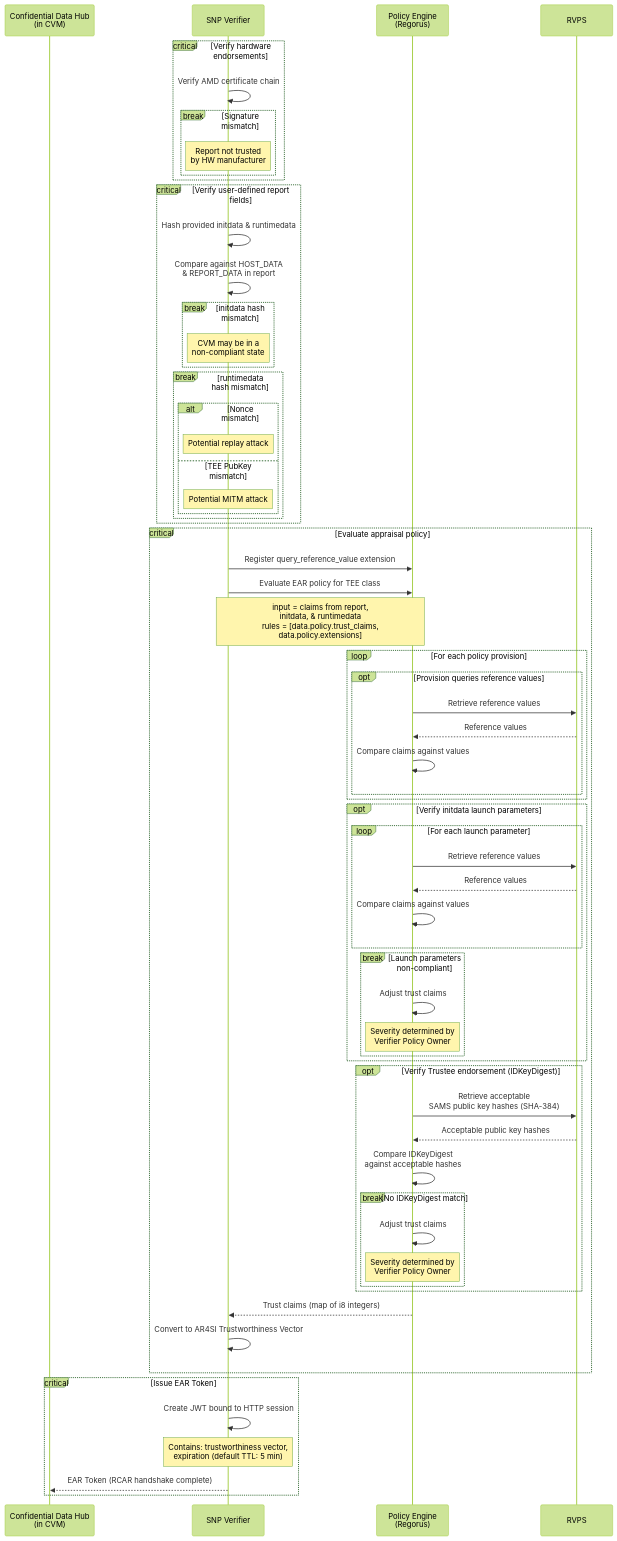
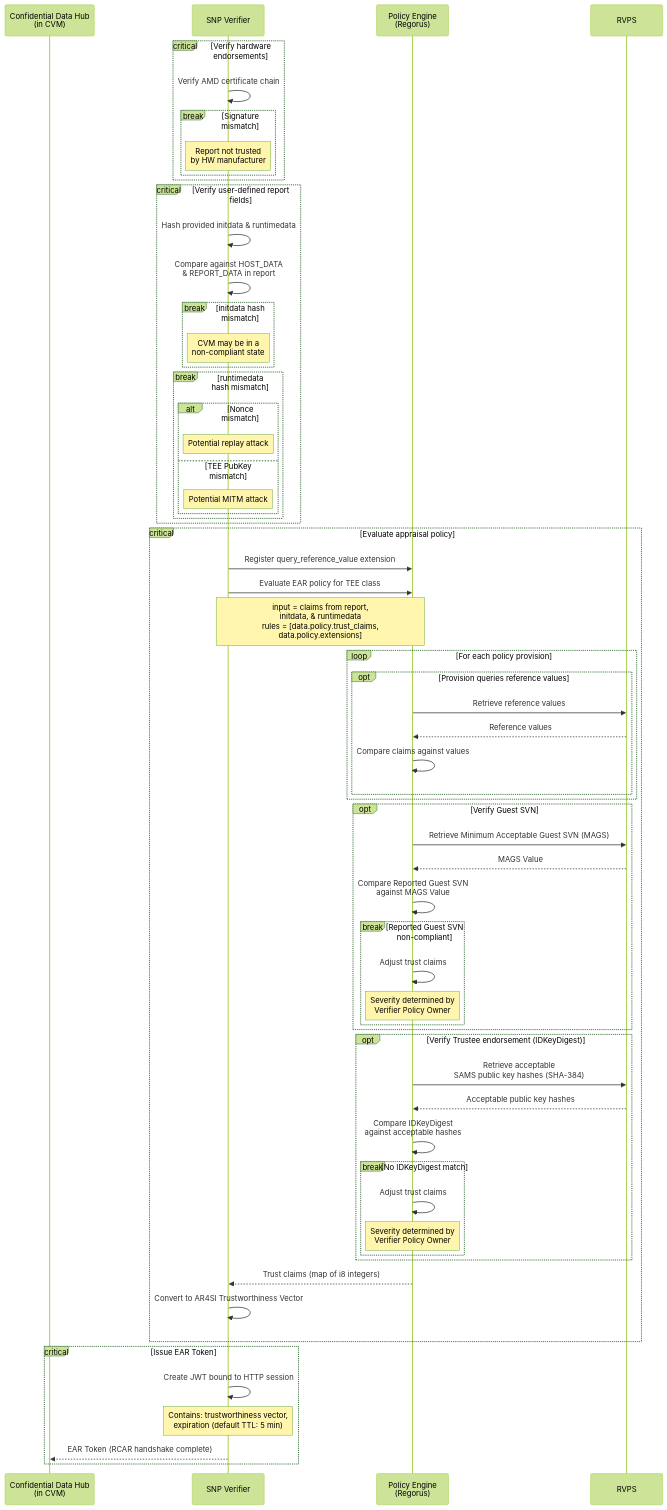
One commit to amd-cmaxwell/trustee changed the fifth of 6 diagrams in kbs/src/plugins/implementations/sams/README.md. Above: the diagram before and after it, drawn with Mermaid (forest theme). The commit also changed other lines of this file, not shown here.

First line of the commit message:
kbs: remove launch-param-in-initdata references from SAMS README

````diff
--- a/kbs/src/plugins/implementations/sams/README.md
+++ b/kbs/src/plugins/implementations/sams/README.md
@@ -262,74 +258,72 @@
 ```mermaid
 sequenceDiagram
     participant cdh as Confidential Data Hub<br>(in CVM)
     participant snp_verifier as SNP Verifier
     participant policy_engine as Policy Engine<br>(Regorus)
     participant rvps as RVPS
 
     critical Verify hardware endorsements
         snp_verifier ->> snp_verifier: Verify AMD certificate chain
         break Signature mismatch
             note over snp_verifier: Report not trusted<br>by HW manufacturer
         end
     end
 
     critical Verify user-defined report fields
         snp_verifier ->> snp_verifier: Hash provided initdata & runtimedata
         snp_verifier ->> snp_verifier: Compare against HOST_DATA<br>& REPORT_DATA in report
         break initdata hash mismatch
             note over snp_verifier: CVM may be in a<br>non-compliant state
         end
         break runtimedata hash mismatch
             alt Nonce mismatch
                 note over snp_verifier: Potential replay attack
             else TEE PubKey mismatch
                 note over snp_verifier: Potential MITM attack
             end
         end
     end
 
     critical Evaluate appraisal policy
         snp_verifier ->> policy_engine: Register query_reference_value extension
         snp_verifier ->> policy_engine: Evaluate EAR policy for TEE class
         note over snp_verifier, policy_engine: input = claims from report,<br>initdata, & runtimedata<br>rules = [data.policy.trust_claims,<br>data.policy.extensions]
 
         loop For each policy provision
             opt Provision queries reference values
                 policy_engine ->> rvps: Retrieve reference values
                 rvps -->> policy_engine: Reference values
                 policy_engine ->> policy_engine: Compare claims against values
             end
         end
 
-        opt Verify initdata launch parameters
-            loop For each launch parameter
-                policy_engine ->> rvps: Retrieve reference values
-                rvps -->> policy_engine: Reference values
-                policy_engine ->> policy_engine: Compare claims against values
-            end
-            break Launch parameters non-compliant
+        opt Verify Guest SVN
+            policy_engine ->> rvps: Retrieve Minimum Acceptable Guest SVN (MAGS)
+            rvps -->> policy_engine: MAGS Value
+            policy_engine ->> policy_engine: Compare Reported Guest SVN<br> against MAGS Value
+            break Reported Guest SVN non-compliant
                 policy_engine ->> policy_engine: Adjust trust claims
                 note over policy_engine: Severity determined by<br>Verifier Policy Owner
             end
         end
 
         opt Verify Trustee endorsement (IDKeyDigest)
             policy_engine ->> rvps: Retrieve acceptable<br>SAMS public key hashes (SHA-384)
             rvps -->> policy_engine: Acceptable public key hashes
             policy_engine ->> policy_engine: Compare IDKeyDigest<br>against acceptable hashes
             break No IDKeyDigest match
                 policy_engine ->> policy_engine: Adjust trust claims
                 note over policy_engine: Severity determined by<br>Verifier Policy Owner
             end
         end
 
         policy_engine -->> snp_verifier: Trust claims (map of i8 integers)
         snp_verifier ->> snp_verifier: Convert to AR4SI Trustworthiness Vector
     end
 
     critical Issue EAR Token
         snp_verifier ->> snp_verifier: Create JWT bound to HTTP session
         note over snp_verifier: Contains: trustworthiness vector,<br>expiration (default TTL: 5 min)
         snp_verifier -->> cdh: EAR Token (RCAR handshake complete)
     end
 ```
````
